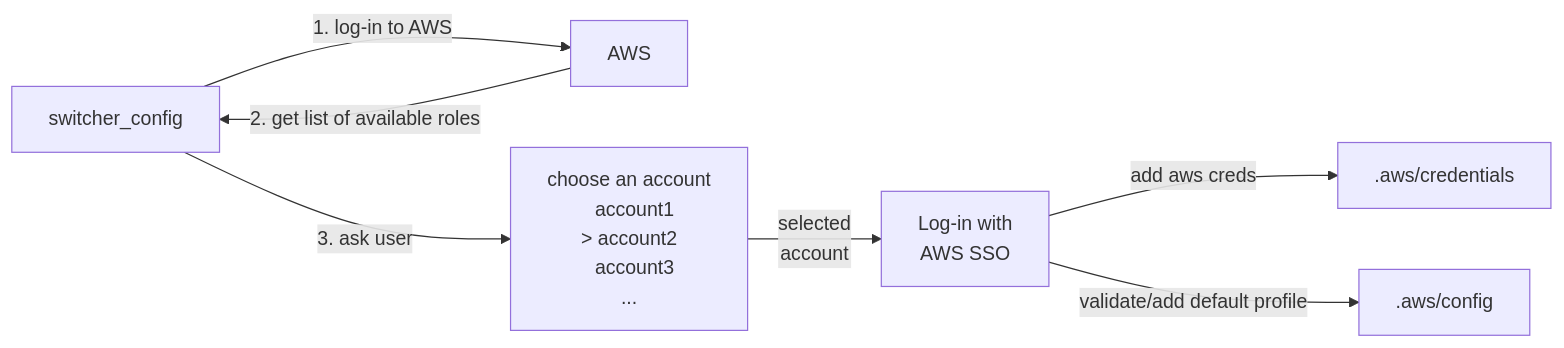
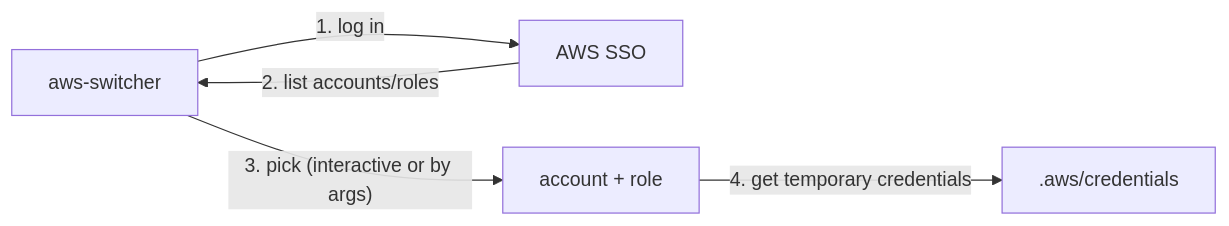
Before and after one commit to asterix201/aws_switcher: the diagram in README.md, drawn with Mermaid. The commit also changed other lines of this file and 4 other files, not shown here.

````diff
--- a/README.md
+++ b/README.md
@@ -51,9 +30,7 @@
 ```mermaid
   graph LR
-    switcher_config -- 1. log-in to AWS --> AWS
-    AWS -- 2. get list of available roles --> switcher_config
-    switcher_config -- 3. ask user --> List["choose an account<br />&nbsp;&nbsp;account1 <br />> account2 <br />&nbsp;&nbsp;account3<br /> ..."]
-    List -- selected<br /> account --> Login["Log-in with<br /> AWS SSO"]
-    Login -- add aws creds --> .aws/credentials
-    Login -- validate/add default profile--> .aws/config
+    SW["aws-switcher"] -- 1. log in --> AWS["AWS SSO"]
+    AWS -- 2. list accounts/roles --> SW
+    SW -- 3. pick (interactive or by args) --> Sel["account + role"]
+    Sel -- 4. get temporary credentials --> Creds[".aws/credentials"]
 ```
````
